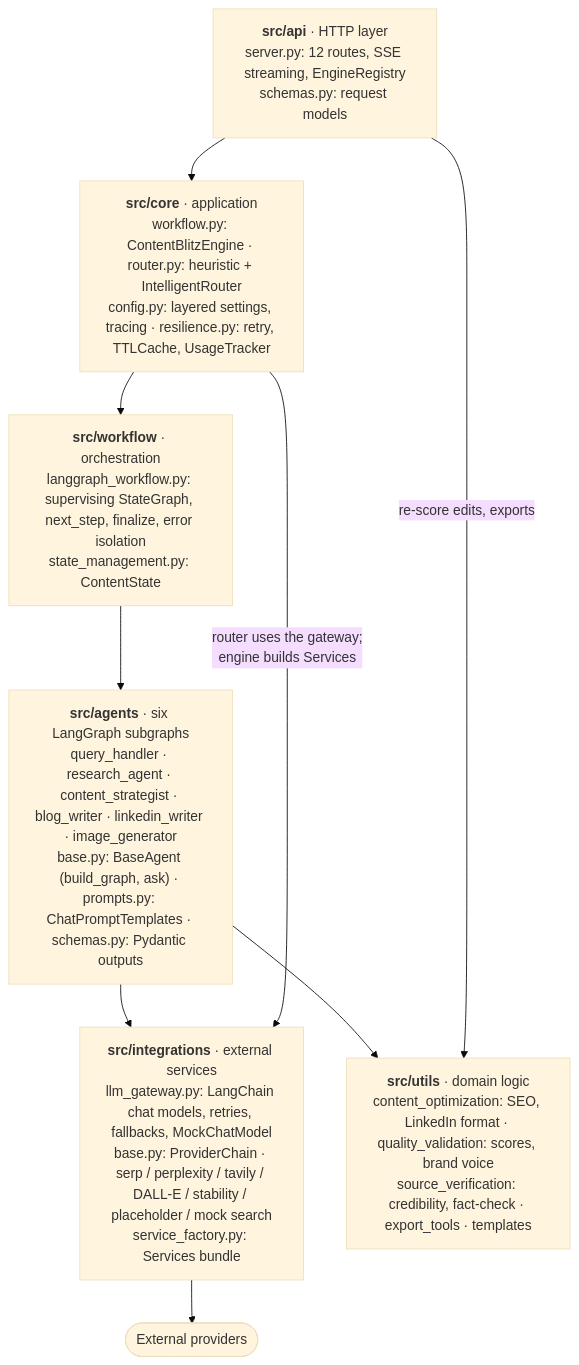
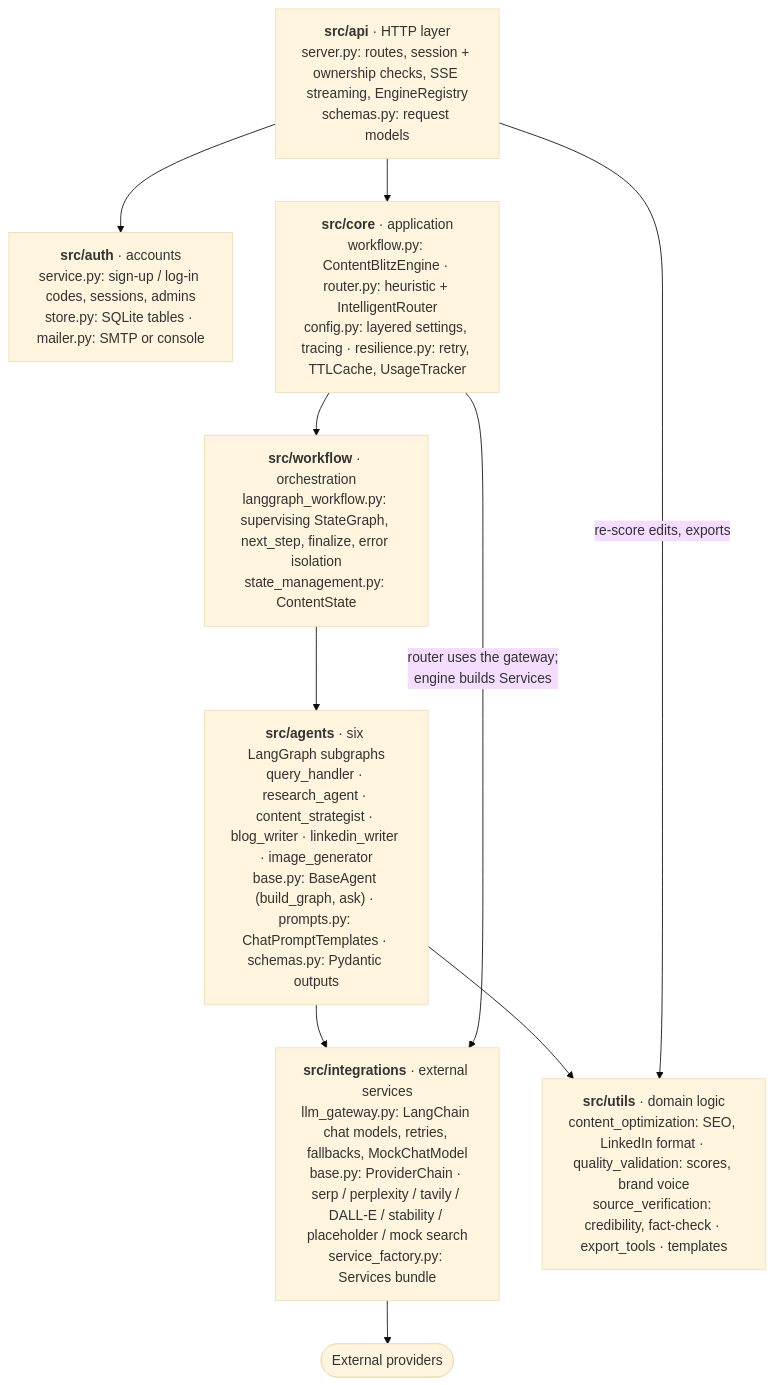
One commit to prasannakoppolu/contentblitz-ai-assistant changed the third of 16 diagrams in docs/architecture.md. Above: the diagram before and after it, drawn with Mermaid (base theme). The commit also changed other lines of this file and 48 other files, not shown here.

````diff
--- a/docs/architecture.md
+++ b/docs/architecture.md
@@ -107,16 +118,18 @@
 ```mermaid
 flowchart TB
-    api["<b>src/api</b> · HTTP layer<br/>server.py: 12 routes, SSE streaming, EngineRegistry<br/>schemas.py: request models"]
+    api["<b>src/api</b> · HTTP layer<br/>server.py: routes, session + ownership checks, SSE streaming, EngineRegistry<br/>schemas.py: request models"]
+    auth["<b>src/auth</b> · accounts<br/>service.py: sign-up / log-in codes, sessions, admins<br/>store.py: SQLite tables · mailer.py: SMTP or console"]
     core["<b>src/core</b> · application<br/>workflow.py: ContentBlitzEngine · router.py: heuristic + IntelligentRouter<br/>config.py: layered settings, tracing · resilience.py: retry, TTLCache, UsageTracker"]
     orch["<b>src/workflow</b> · orchestration<br/>langgraph_workflow.py: supervising StateGraph, next_step, finalize, error isolation<br/>state_management.py: ContentState"]
     agents["<b>src/agents</b> · six LangGraph subgraphs<br/>query_handler · research_agent · content_strategist · blog_writer · linkedin_writer · image_generator<br/>base.py: BaseAgent (build_graph, ask) · prompts.py: ChatPromptTemplates · schemas.py: Pydantic outputs"]
     integ["<b>src/integrations</b> · external services<br/>llm_gateway.py: LangChain chat models, retries, fallbacks, MockChatModel<br/>base.py: ProviderChain · serp / perplexity / tavily / DALL-E / stability / placeholder / mock search<br/>service_factory.py: Services bundle"]
     utils["<b>src/utils</b> · domain logic<br/>content_optimization: SEO, LinkedIn format · quality_validation: scores, brand voice<br/>source_verification: credibility, fact-check · export_tools · templates"]
     ext(["External providers"])
 
+    api --> auth
     api --> core --> orch --> agents
     agents --> integ --> ext
     agents --> utils
     api -- "re-score edits, exports" --> utils
     core -- "router uses the gateway;<br/>engine builds Services" --> integ
 ```
````
